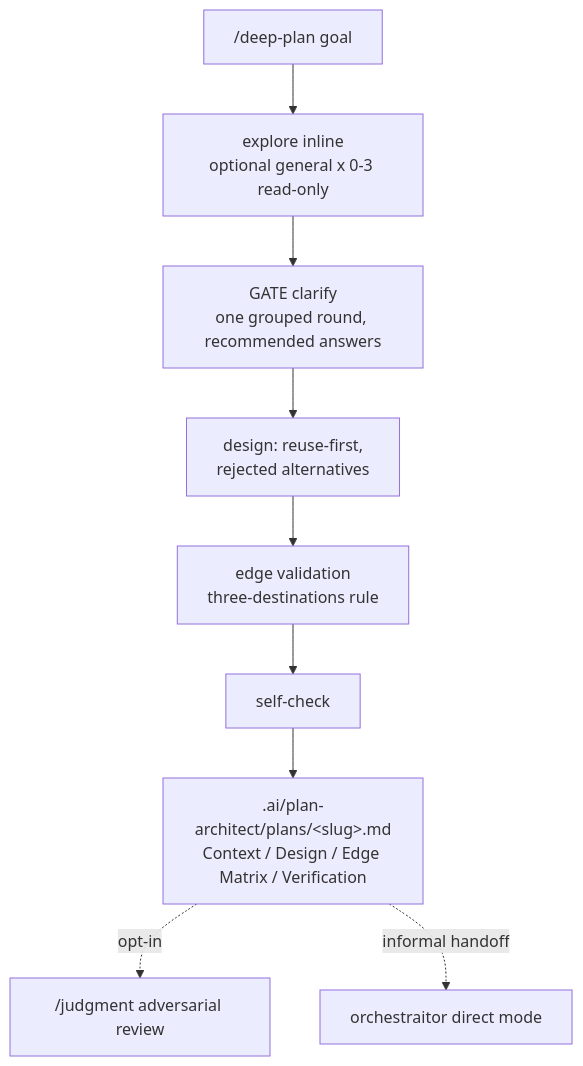
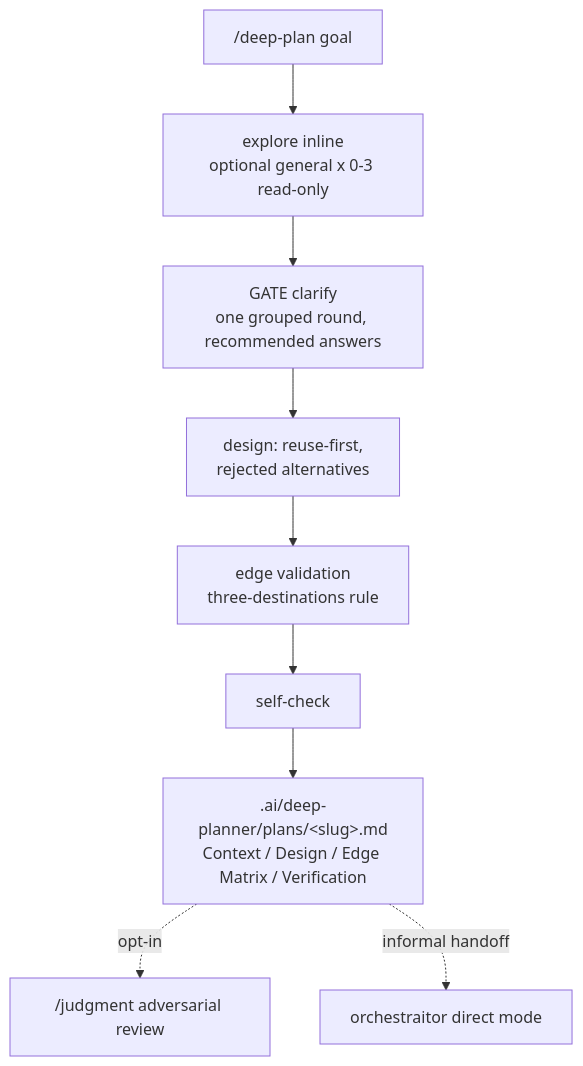
Before and after one commit to andresnator/agents-orchestrator: the fifth of 7 diagrams in docs/harness-flow-map.md, drawn with Mermaid. The commit also changed other lines of this file and 6 other files, not shown here.

Commit message:
feat: rename plan-architect to deep-planner and update related documentation and commands

````diff
--- a/docs/harness-flow-map.md
+++ b/docs/harness-flow-map.md
@@ -220,11 +220,11 @@
 ```mermaid
 flowchart TD
   PStart["/deep-plan goal"] --> PExplore["explore inline<br/>optional general x 0-3 read-only"]
   PExplore --> PClarify["GATE clarify<br/>one grouped round, recommended answers"]
   PClarify --> PDesign["design: reuse-first,<br/>rejected alternatives"]
   PDesign --> PEdges["edge validation<br/>three-destinations rule"]
   PEdges --> PSelfCheck["self-check"]
-  PSelfCheck --> PPlanDoc[".ai/plan-architect/plans/&lt;slug&gt;.md<br/>Context / Design / Edge Matrix / Verification"]
+  PSelfCheck --> PPlanDoc[".ai/deep-planner/plans/&lt;slug&gt;.md<br/>Context / Design / Edge Matrix / Verification"]
   PPlanDoc -. opt-in .-> PJudgment["/judgment adversarial review"]
   PPlanDoc -. informal handoff .-> POrch["orchestraitor direct mode"]
 ```
````
